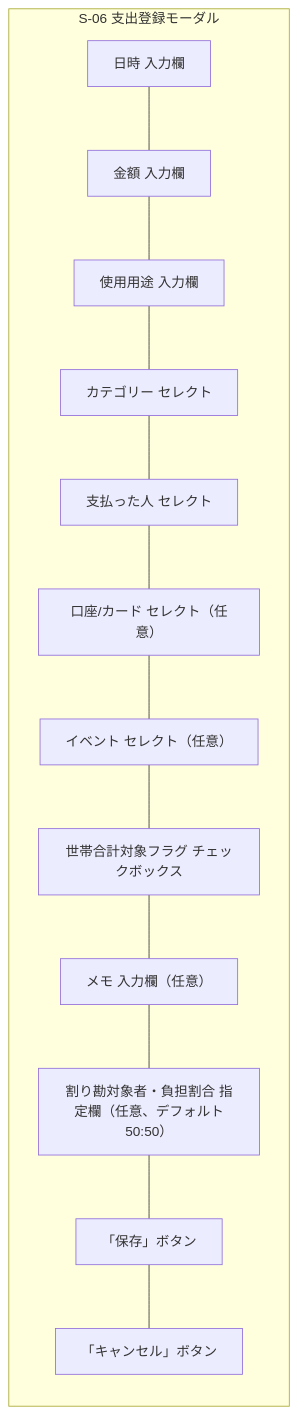
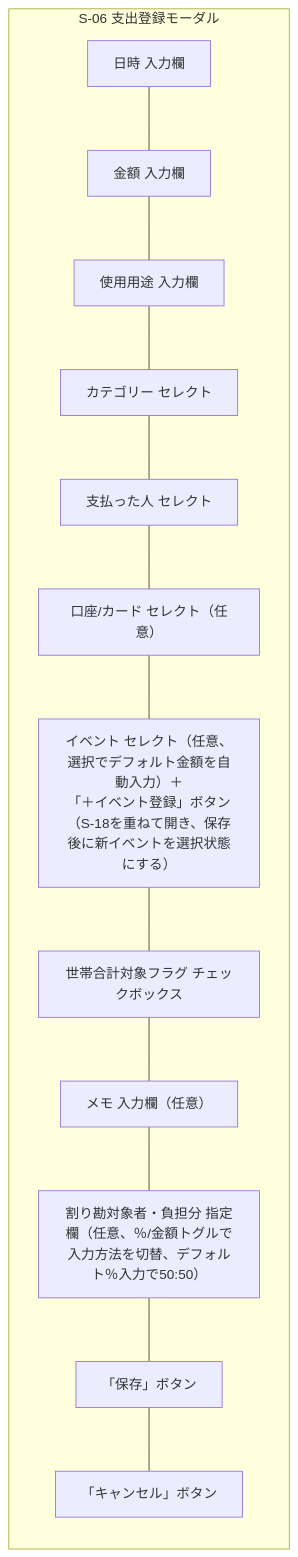
Before and after one commit to yamamotonaoki3/HomeLog: the sixth of 18 diagrams in docs/details/wireframes.md, drawn with Mermaid. The commit also changed other lines of this file and 22 other files, not shown here.

````diff
--- a/docs/details/wireframes.md
+++ b/docs/details/wireframes.md
@@ -254,19 +279,19 @@
 ```mermaid
 flowchart TD
     subgraph Modal["S-06 支出登録モーダル"]
         direction TB
         Date["日時 入力欄"]
         Amount["金額 入力欄"]
         Purpose["使用用途 入力欄"]
         Category["カテゴリー セレクト"]
         Payer["支払った人 セレクト"]
         Account["口座/カード セレクト（任意）"]
-        Event["イベント セレクト（任意）"]
+        Event["イベント セレクト（任意、選択でデフォルト金額を自動入力）＋\n「＋イベント登録」ボタン（S-18を重ねて開き、保存後に新イベントを選択状態にする）"]
         HouseholdFlag["世帯合計対象フラグ チェックボックス"]
         Memo["メモ 入力欄（任意）"]
-        SplitSection["割り勘対象者・負担割合 指定欄（任意、デフォルト50:50）"]
+        SplitSection["割り勘対象者・負担分 指定欄（任意、％/金額トグルで入力方法を切替、デフォルト％入力で50:50）"]
         SaveBtn["「保存」ボタン"]
         CancelBtn["「キャンセル」ボタン"]
     end
     Date --- Amount --- Purpose --- Category --- Payer --- Account --- Event --- HouseholdFlag --- Memo --- SplitSection --- SaveBtn --- CancelBtn
 ```
````
